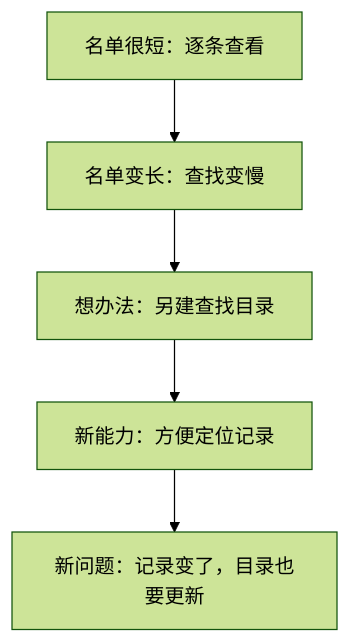
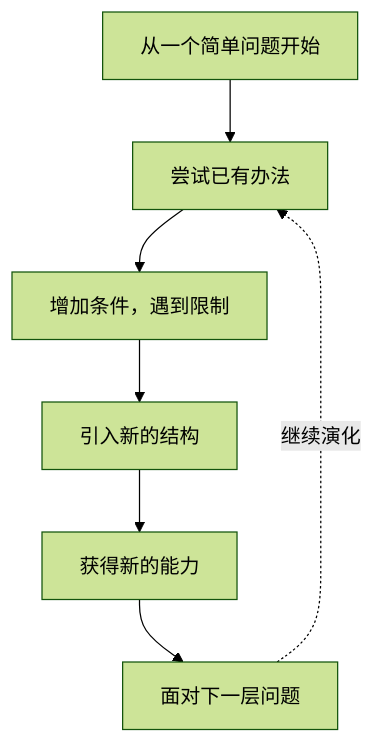
One commit to xiaoheng008/pages changed the first of 3 diagrams in content/blog/evo-learn-effectiveness-limits.zh.md. Above: the diagram before and after it, drawn with Mermaid (forest theme). The commit also changed other lines of this file and 1 other file, not shown here.

````diff
--- a/content/blog/evo-learn-effectiveness-limits.zh.md
+++ b/content/blog/evo-learn-effectiveness-limits.zh.md
@@ -19,7 +19,9 @@
 ```mermaid
 flowchart TD
-  A[名单很短：逐条查看] --> B[名单变长：查找变慢]
-  B --> C[想办法：另建查找目录]
-  C --> D[新能力：方便定位记录]
-  D --> E[新问题：记录变了，目录也要更新]
+  A[从一个简单问题开始] --> B[尝试已有办法]
+  B --> C[增加条件，遇到限制]
+  C --> D[引入新的结构]
+  D --> E[获得新的能力]
+  E --> F[面对下一层问题]
+  F -. 继续演化 .-> B
 ```
````
